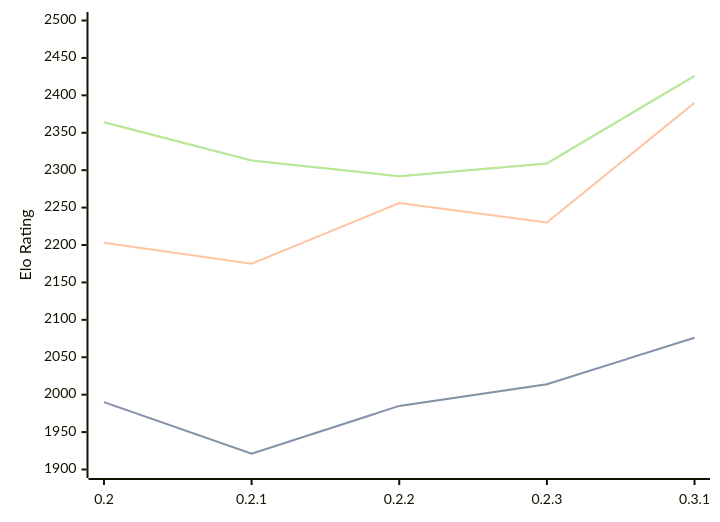
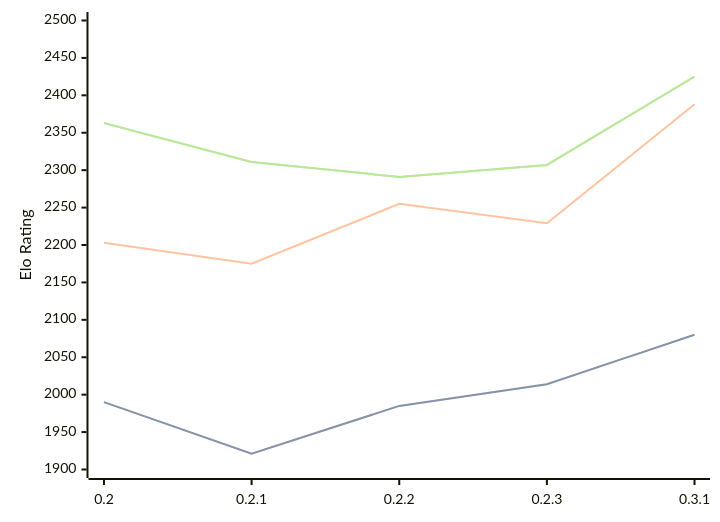
The first of 3 diagrams in engines/Lolbot.md (computer-chess-index/cci), drawn with Mermaid before and after one commit. The commit also changed other lines of this file, not shown here.

Commit message:
Update CCI Ratings (ELO VLTC) - 2026-07-15

````diff
--- a/engines/Lolbot.md
+++ b/engines/Lolbot.md
@@ -36,11 +36,11 @@
 ```mermaid
 %%{init: {"theme":"base","themeVariables":{"seriesColors:['#a3a3a3','#222221','#faa371']}}}%%
 xychart-beta
   x-axis ["0.2", "0.2.1", "0.2.2", "0.2.3", "0.3.1"]
   y-axis "Elo Rating" 1900 --> 2500
-  line "STC (8.0+0.08s)" [1990, 1921, 1985, 2014, 2076]
-  line "STC (8.0+0.08s)" [1990, 1921, 1985, 2014, 2076]
-  line "LTC (60.0+0.60s)" [2203, 2175, 2256, 2230, 2390]
-  line "VLTC (2m24s+1.12s)" [2364, 2313, 2292, 2309, 2426]
-  line "VLTC (2m24s+1.12s)" [2364, 2313, 2292, 2309, 2426]
+  line "STC (8.0+0.08s)" [1990, 1921, 1985, 2014, 2080]
+  line "STC (8.0+0.08s)" [1990, 1921, 1985, 2014, 2080]
+  line "LTC (60.0+0.60s)" [2203, 2175, 2255, 2229, 2388]
+  line "VLTC (2m24s+1.12s)" [2363, 2311, 2291, 2307, 2425]
+  line "VLTC (2m24s+1.12s)" [2363, 2311, 2291, 2307, 2425]
 ```
````
